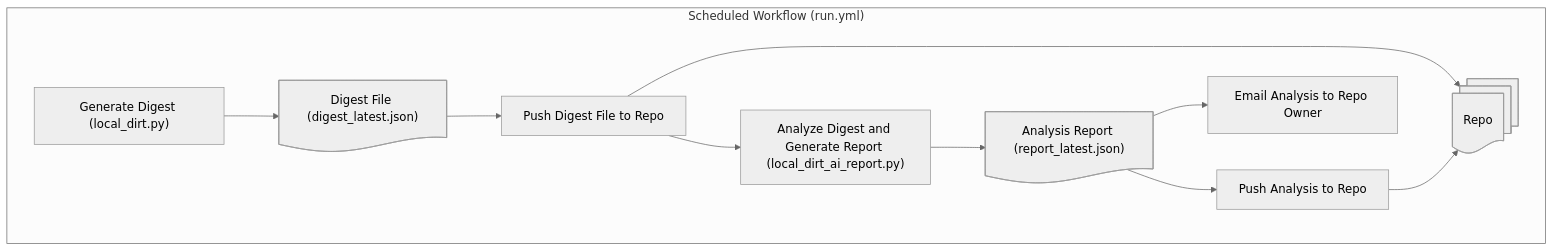
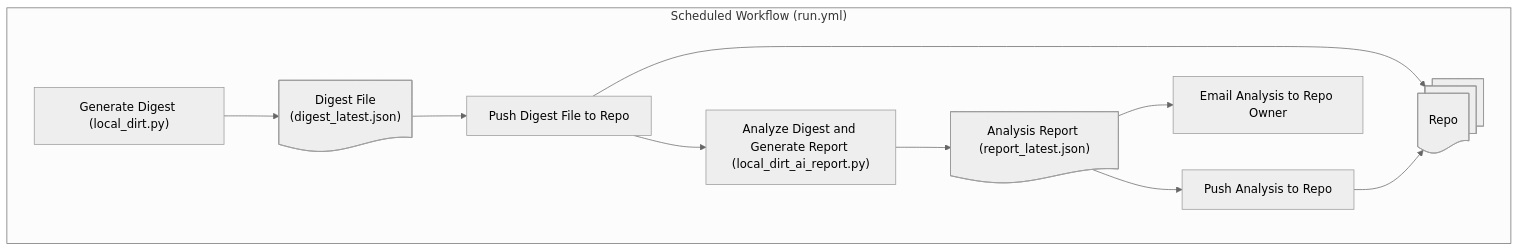
Before and after one commit to hoosierjay/local-dirt: the diagram in README.md, drawn with Mermaid (neutral theme).

Commit message:
Modify flowchart label for digest file
Updated label in flowchart for clarity.

````diff
--- a/README.md
+++ b/README.md
@@ -30,21 +30,21 @@
 ```mermaid
 flowchart TD
   subgraph "Scheduled Workflow (run.yml)"
     Step4.1@{ shape: rect, label: "Generate Digest (local_dirt.py)" }
-    Step4.2@{ shape: doc, label: "Digest File (digest_latest.json)" }
+    Step4.2@{ shape: doc, label: "Digest File<br>(digest_latest.json)" }
     Step5.1@{ shape: rect, label: "Push Digest File to Repo" }
     Step6.1@{ shape: rect, label: "Analyze Digest and Generate Report (local_dirt_ai_report.py)" }
     Step6.2@{ shape: doc, label: "Analysis Report (report_latest.json)" }
     Step7.1@{ shape: rect, label: "Push Analysis to Repo" }
     Step8.1@{ shape: rect, label: "Email Analysis to Repo Owner" }
     Step9.0@{ shape: docs, label: "Repo" }
   end
   Step4.1 --> Step4.2
   Step4.2 --> Step5.1
   Step5.1 --> Step6.1
   Step6.1 --> Step6.2
   Step6.2 --> Step7.1
   Step6.2 --> Step8.1
   Step5.1 --> Step9.0
   Step7.1 --> Step9.0
 ```
````
